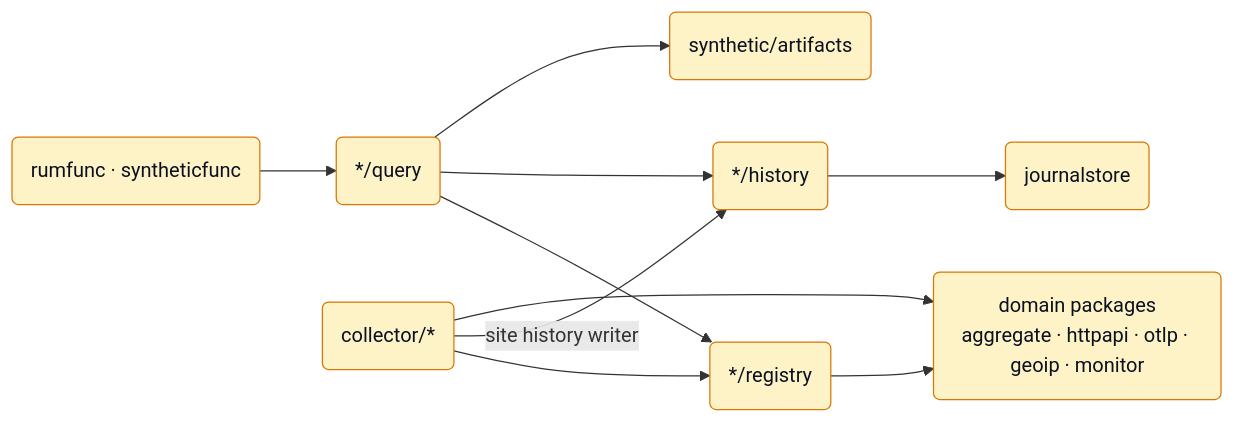
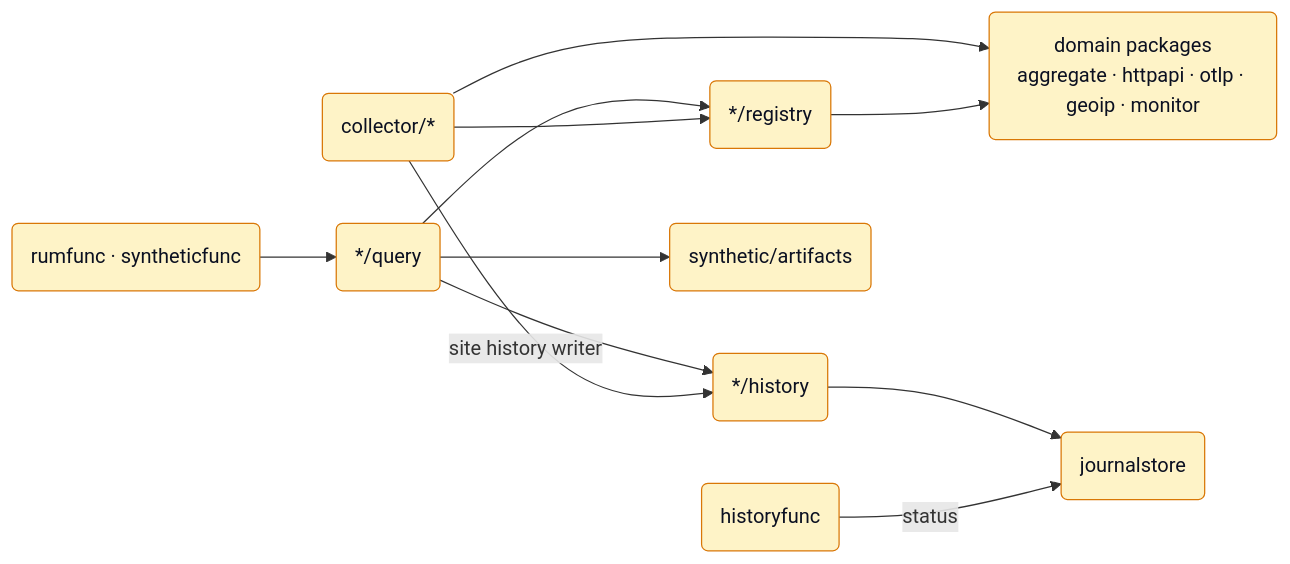
Before and after one commit to netdata/netdata: the sixth of 7 diagrams in src/go/plugin/dem/ARCHITECTURE.md, drawn with Mermaid. The commit also changed other lines of this file and 1 other file, not shown here.

First line of the commit message:
docs(dem): correct ownership, updater and boundary claims in ARCHITECTURE

````diff
--- a/src/go/plugin/dem/ARCHITECTURE.md
+++ b/src/go/plugin/dem/ARCHITECTURE.md
@@ -526,15 +527,16 @@
 ```mermaid
 flowchart LR
     Fn("rumfunc · syntheticfunc") --> Q("*/query")
     Q --> Reg("*/registry")
     Q --> H("*/history")
     Q --> A("synthetic/artifacts")
     H --> J("journalstore")
+    HF("historyfunc") -->|"status"| J
     Col("collector/*") --> Reg
     Col -->|"site history writer"| H
     Col --> Dom("domain packages<br/>aggregate · httpapi · otlp · geoip · monitor")
     Reg --> Dom
 
     classDef pkg fill:#fef3c7,stroke:#d97706,color:#0b1021;
-    class Fn,Q,Reg,H,A,J,Col,Dom pkg;
+    class Fn,Q,Reg,H,A,J,HF,Col,Dom pkg;
 ```
````
